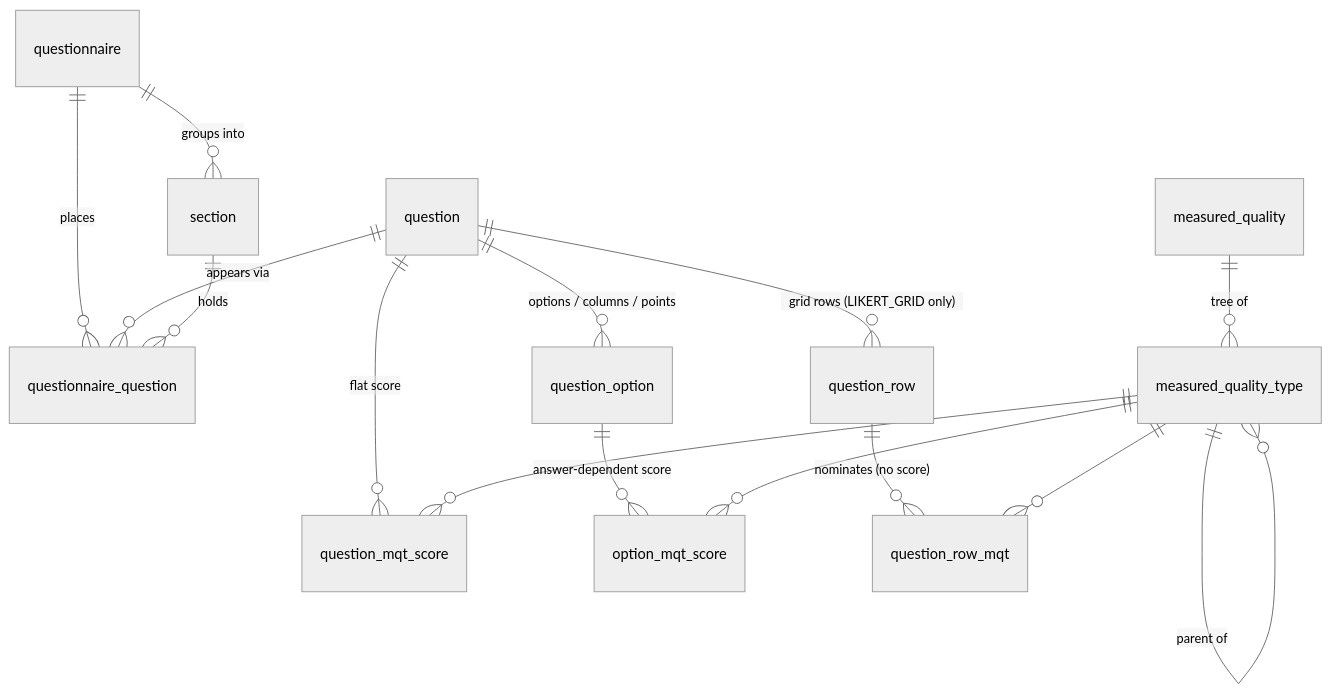
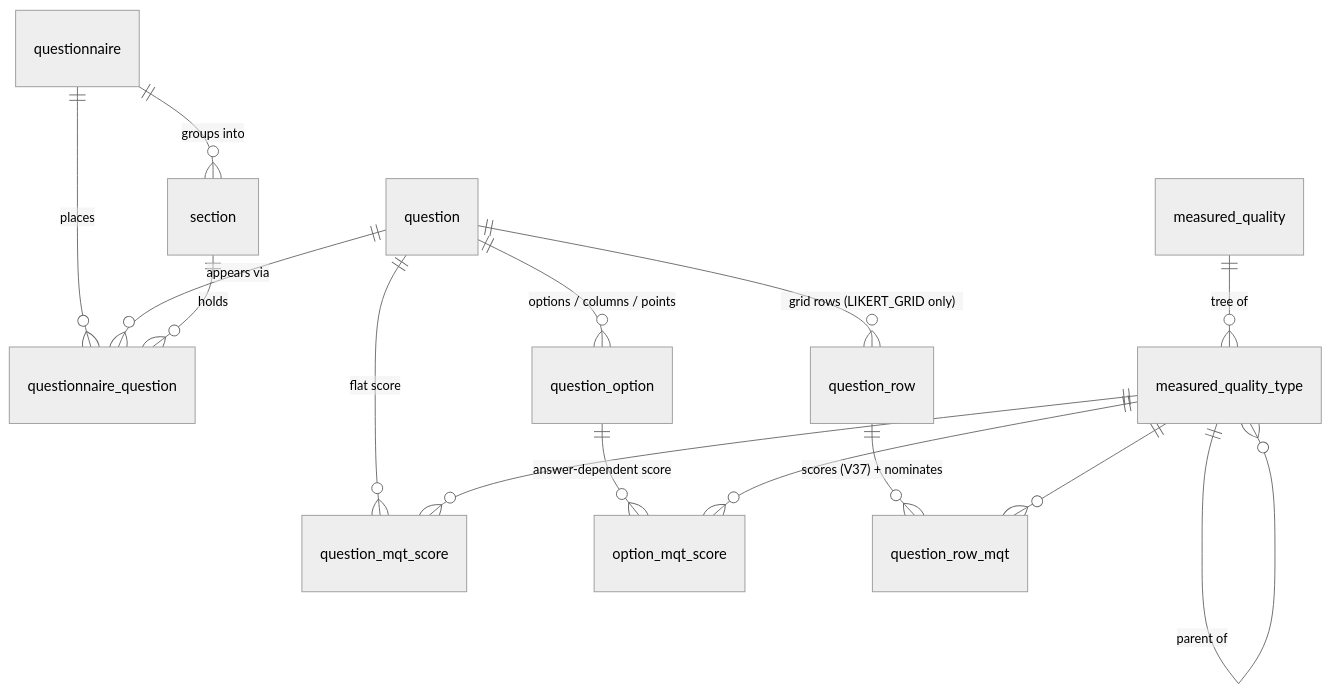
One commit to harshkccsw-stack/BODH changed the first of 2 diagrams in docs/question-types-schema.md. Above: the diagram before and after it, drawn with Mermaid (neutral theme). The commit also changed other lines of this file and 332 other files, not shown here.

````diff
--- a/docs/question-types-schema.md
+++ b/docs/question-types-schema.md
@@ -45,20 +45,20 @@
 ```mermaid
 erDiagram
     questionnaire ||--o{ section : "groups into"
     questionnaire ||--o{ questionnaire_question : "places"
     question       ||--o{ questionnaire_question : "appears via"
     section        ||--o{ questionnaire_question : "holds"
 
     question ||--o{ question_option : "options / columns / points"
     question ||--o{ question_row : "grid rows (LIKERT_GRID only)"
     question ||--o{ question_mqt_score : "flat score"
 
     question_option ||--o{ option_mqt_score : "answer-dependent score"
-    question_row    ||--o{ question_row_mqt : "nominates (no score)"
+    question_row    ||--o{ question_row_mqt : "scores (V37) + nominates"
 
     measured_quality      ||--o{ measured_quality_type : "tree of"
     measured_quality_type ||--o{ measured_quality_type : "parent of"
     measured_quality_type ||--o{ question_mqt_score : ""
     measured_quality_type ||--o{ option_mqt_score : ""
     measured_quality_type ||--o{ question_row_mqt : ""
 ```
````
